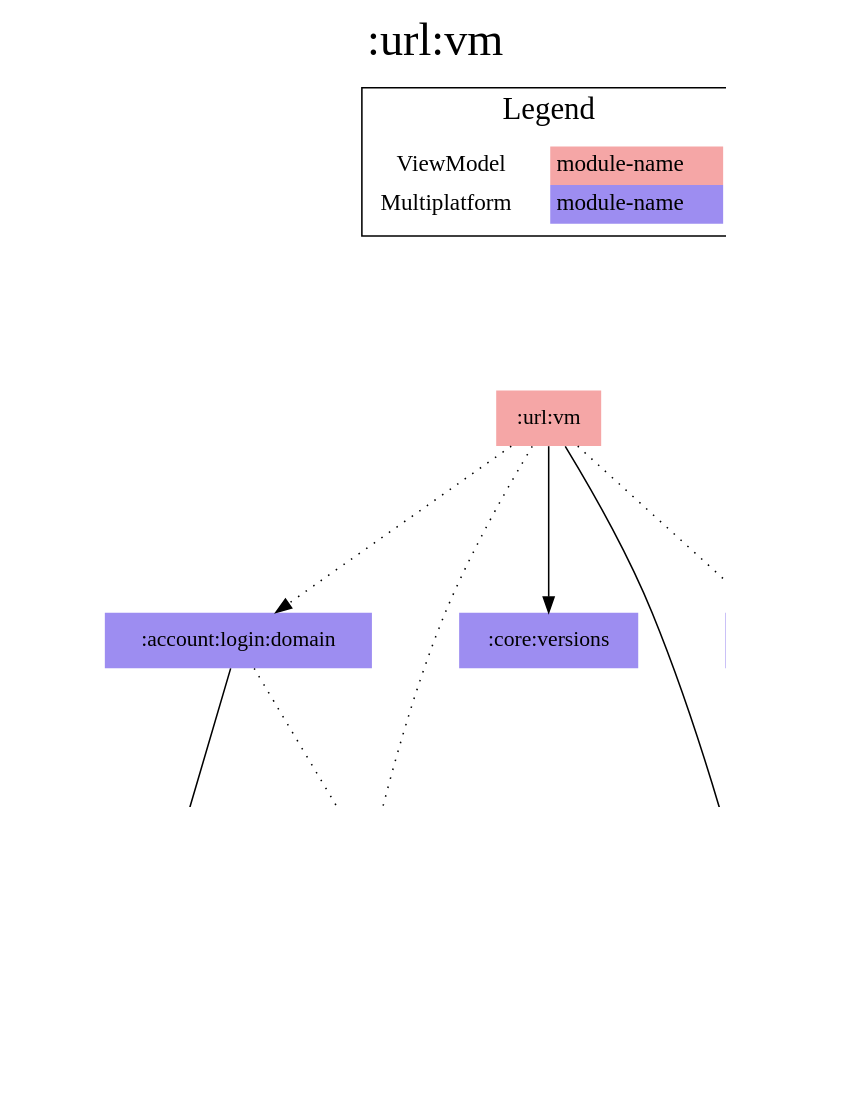
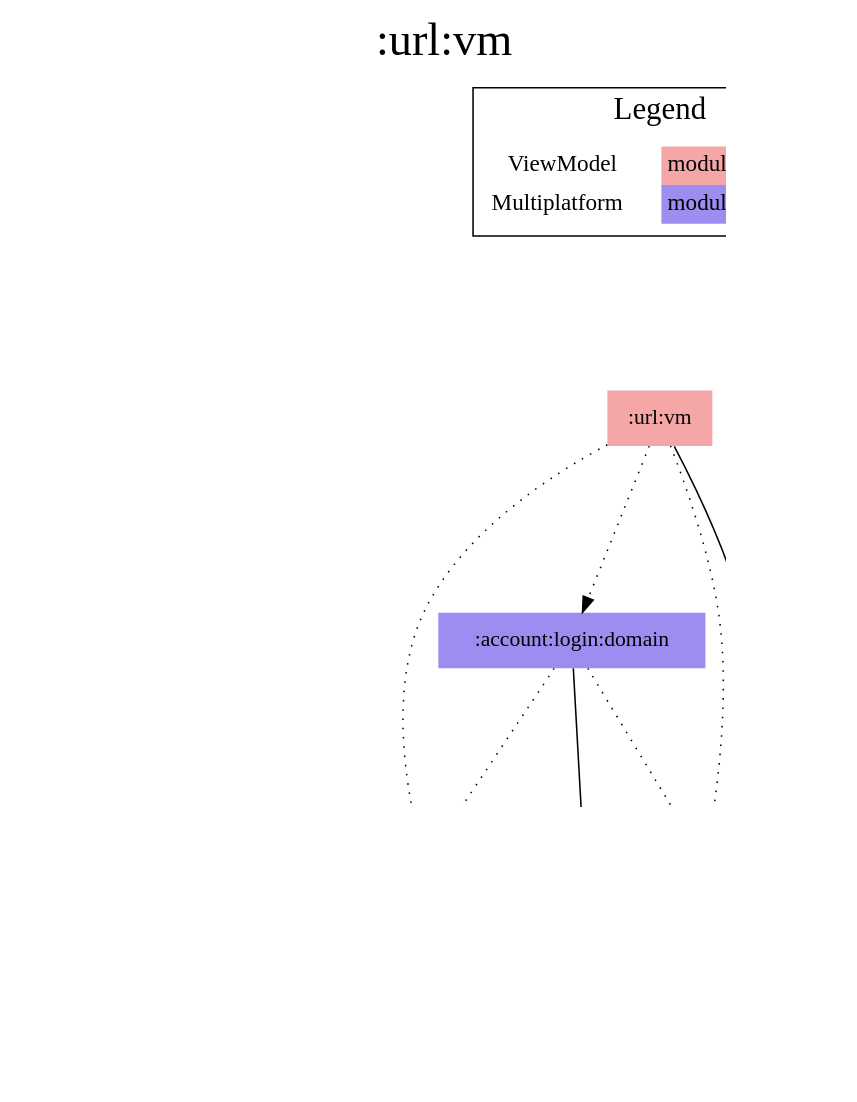
One commit to jonapoul/aktual changed the diagram in modules/url/vm/modules.dot. Above: the diagram before and after it, drawn with Graphviz. The commit also changed 184 other files, not shown here.

```diff
--- a/modules/url/vm/modules.dot
+++ b/modules/url/vm/modules.dot
@@ -1,40 +1,40 @@
 digraph {
 edge ["dir"="forward"]
 graph ["dpi"="100","label"=":url:vm","labelloc"="t","fontsize"="30","ranksep"="1.5","rankdir"="TB"]
 node ["style"="filled"]
 ":account:login:domain" ["fillcolor"="#9D8DF1","shape"="none"]
 ":account:model" ["fillcolor"="#9D8DF1","shape"="none"]
 ":api:actual" ["fillcolor"="#9D8DF1","shape"="none"]
 ":budget:model" ["fillcolor"="#9D8DF1","shape"="none"]
 ":codegen:annotation" ["fillcolor"="#9D8DF1","shape"="none"]
-":core:versions" ["fillcolor"="#9D8DF1","shape"="none"]
-":url:model" ["fillcolor"="#9D8DF1","shape"="none"]
-":url:prefs" ["fillcolor"="#9D8DF1","shape"="none"]
+":core:model" ["fillcolor"="#9D8DF1","shape"="none"]
+":prefs" ["fillcolor"="#9D8DF1","shape"="none"]
 ":url:vm" ["fillcolor"="#F5A6A6","shape"="none"]
 {
 edge ["dir"="none"]
 graph ["rank"="same"]
 }
 ":account:login:domain" -> ":account:model"
 ":account:login:domain" -> ":api:actual" ["style"="dotted"]
+":account:login:domain" -> ":prefs" ["style"="dotted"]
 ":api:actual" -> ":account:model"
 ":api:actual" -> ":budget:model"
 ":api:actual" -> ":codegen:annotation" ["style"="dotted"]
-":api:actual" -> ":url:model"
-":url:prefs" -> ":url:model"
+":api:actual" -> ":core:model"
+":prefs" -> ":account:model"
+":prefs" -> ":core:model"
 ":url:vm" -> ":account:login:domain" ["style"="dotted"]
 ":url:vm" -> ":api:actual" ["style"="dotted"]
-":url:vm" -> ":core:versions"
-":url:vm" -> ":url:model"
-":url:vm" -> ":url:prefs" ["style"="dotted"]
+":url:vm" -> ":core:model"
+":url:vm" -> ":prefs" ["style"="dotted"]
 subgraph "cluster_legend" {
 edge ["dir"="none"]
 graph ["label"="Legend","fontsize"="20"]
 "Legend" ["style"="filled","fillcolor"="#FFFFFF","shape"="none","margin"="0","fontsize"="15","label"=<
 <TABLE BORDER="0" CELLBORDER="0" CELLSPACING="0" CELLPADDING="4">
 <TR><TD>ViewModel</TD><TD BGCOLOR="#F5A6A6">module-name</TD></TR>
 <TR><TD>Multiplatform</TD><TD BGCOLOR="#9D8DF1">module-name</TD></TR>
 </TABLE>
 >]
 } -> ":url:vm" ["style"="invis"]
 }
```
